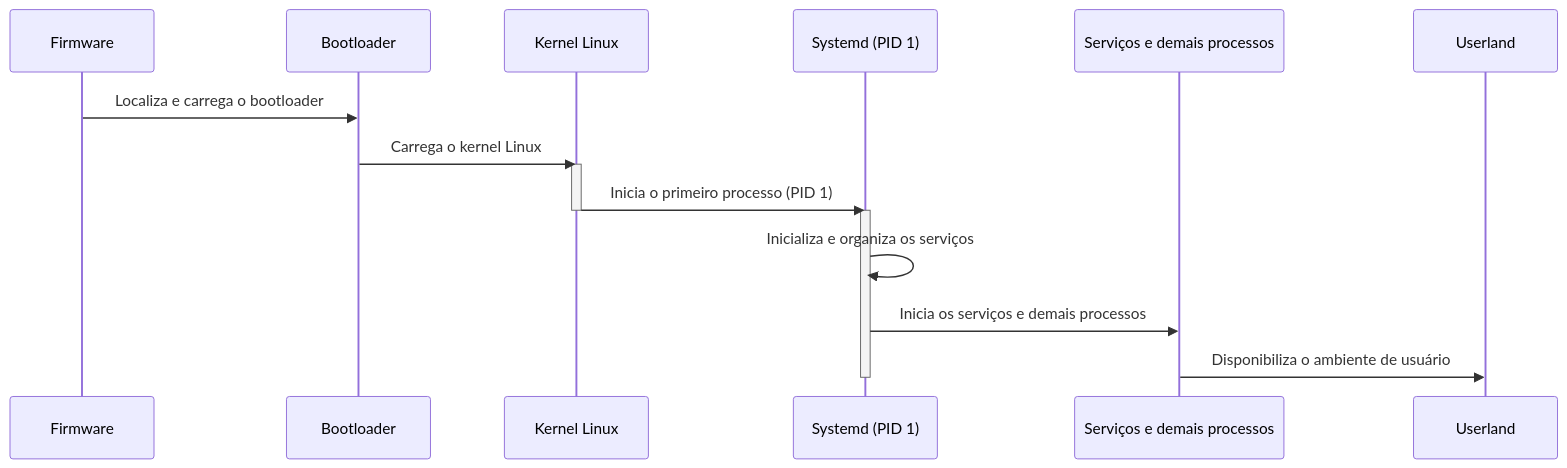
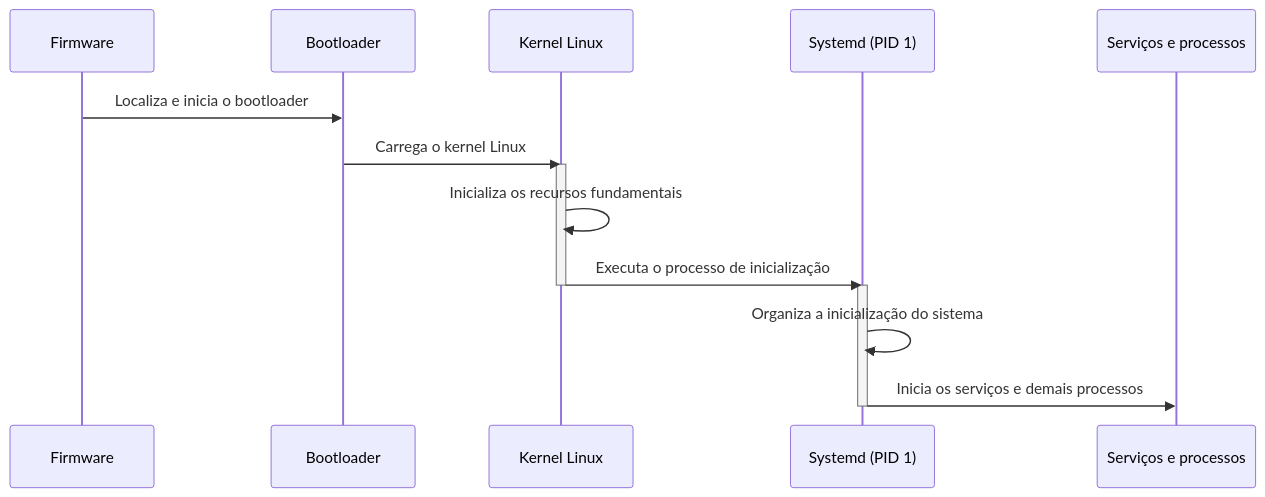
One commit to FelpzzzEX/LecOS changed the first of 5 diagrams in Sistema_Principal/Modulo 3 - Processos/7-Init_System.md. Above: the diagram before and after it, drawn with Mermaid. The commit also changed other lines of this file and 7 other files, not shown here.

````diff
--- a/Sistema_Principal/Modulo 3 - Processos/7-Init_System.md
+++ b/Sistema_Principal/Modulo 3 - Processos/7-Init_System.md
@@ -15,21 +17,20 @@
 ```mermaid
 sequenceDiagram
     participant F as Firmware
     participant BL as Bootloader
     participant K as Kernel Linux
     participant S as Systemd (PID 1)
-    participant P as Serviços e demais processos
-    participant U as Userland
+    participant P as Serviços e processos
 
-    F->>BL: Localiza e carrega o bootloader
+    F->>BL: Localiza e inicia o bootloader
     BL->>K: Carrega o kernel Linux
     activate K
-    K->>S: Inicia o primeiro processo (PID 1)
+    K->>K: Inicializa os recursos fundamentais
+    K->>S: Executa o processo de inicialização
     deactivate K
 
     activate S
-    S->>S: Inicializa e organiza os serviços
+    S->>S: Organiza a inicialização do sistema
     S->>P: Inicia os serviços e demais processos
-    P->>U: Disponibiliza o ambiente de usuário
     deactivate S
 ```
````
